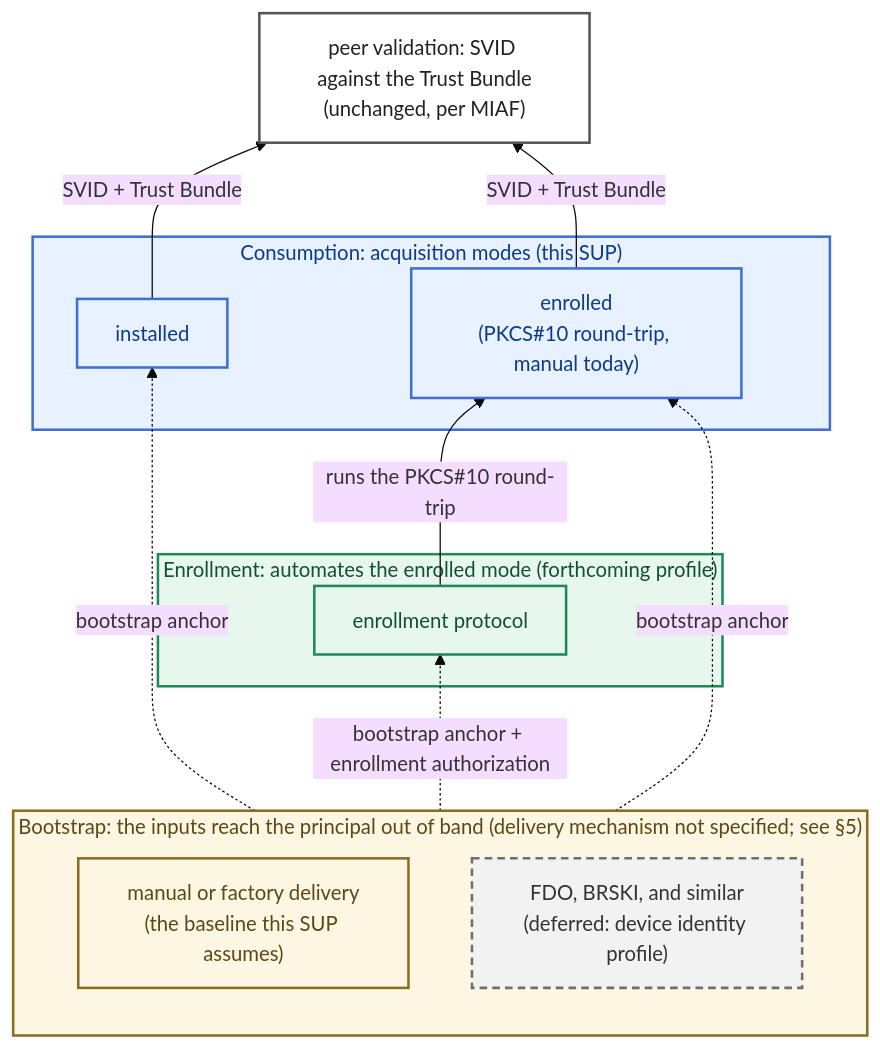
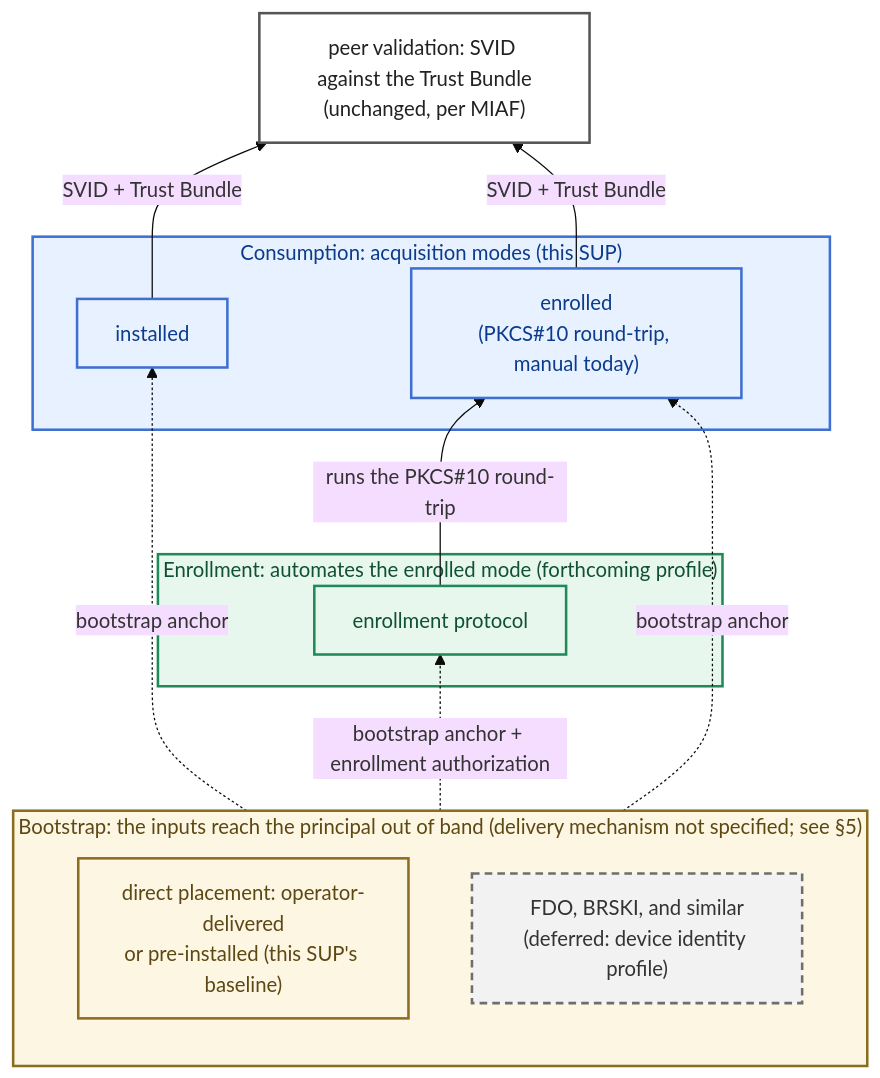
The diagram in proposals/miaf-credential-provisioning-and-acquisition.md (margo/specification-enhancements), drawn with Mermaid (base theme) before and after one commit. The commit also changed other lines of this file, not shown here.

Commit message:
docs: re-write the SUP for readability and improve alignment with MIAF terminology

````diff
--- a/proposals/miaf-credential-provisioning-and-acquisition.md
+++ b/proposals/miaf-credential-provisioning-and-acquisition.md
@@ -76,32 +76,32 @@
 ```mermaid
 flowchart BT
     subgraph L3["Bootstrap: the inputs reach the principal out of band (delivery mechanism not specified; see §5)"]
-        b1["manual or factory delivery<br/>(the baseline this SUP assumes)"]
+        b1["direct placement: operator-delivered<br/>or pre-installed (this SUP's baseline)"]
         b2["FDO, BRSKI, and similar<br/>(deferred: device identity profile)"]
     end
     subgraph L2["Enrollment: automates the enrolled mode (forthcoming profile)"]
         e1["enrollment protocol"]
     end
     subgraph L1["Consumption: acquisition modes (this SUP)"]
         c1["installed"]
         c2["enrolled<br/>(PKCS#10 round-trip, manual today)"]
     end
     L3 -.->|"bootstrap anchor + enrollment authorization"| e1
     L3 -.->|"bootstrap anchor"| c1
     L3 -.->|"bootstrap anchor"| c2
     e1 -->|"runs the PKCS#10 round-trip"| c2
     c1 -->|"SVID + Trust Bundle"| V["peer validation: SVID against the Trust Bundle<br/>(unchanged, per MIAF)"]
     c2 -->|"SVID + Trust Bundle"| V
 
     classDef thisSup fill:#e8f1ff,stroke:#3f6fd1,stroke-width:2px,color:#0b3b8c;
     classDef future fill:#e8f7ee,stroke:#1f8a58,stroke-width:2px,color:#0f5132;
     classDef assumed fill:#fdf6e3,stroke:#8a6d1f,stroke-width:2px,color:#5c4813;
     classDef deferred fill:#f2f2f2,stroke:#6e6e6e,stroke-width:2px,stroke-dasharray:6 4,color:#333333;
     classDef unchanged fill:#ffffff,stroke:#555555,stroke-width:2px,color:#222222;
 
     class L1,c1,c2 thisSup;
     class L2,e1 future;
     class L3,b1 assumed;
     class b2 deferred;
     class V unchanged;
 ```
````
